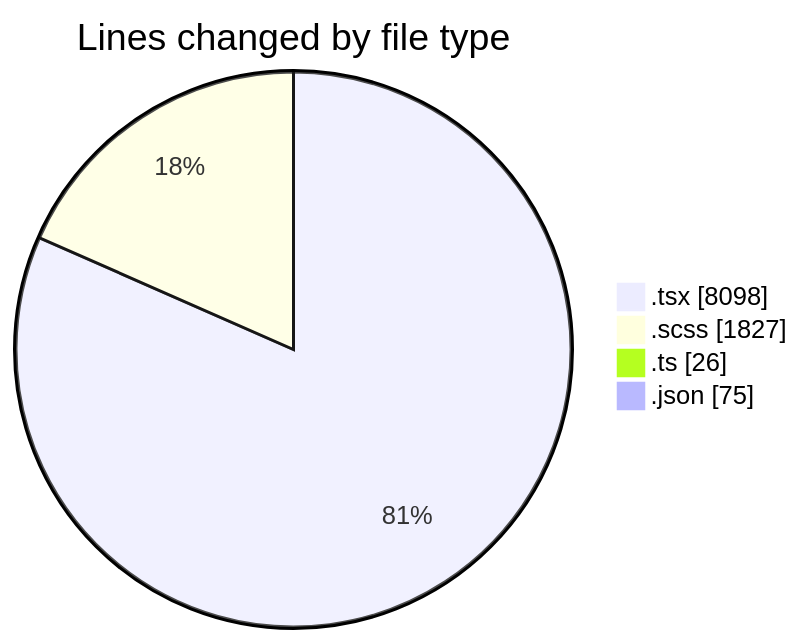
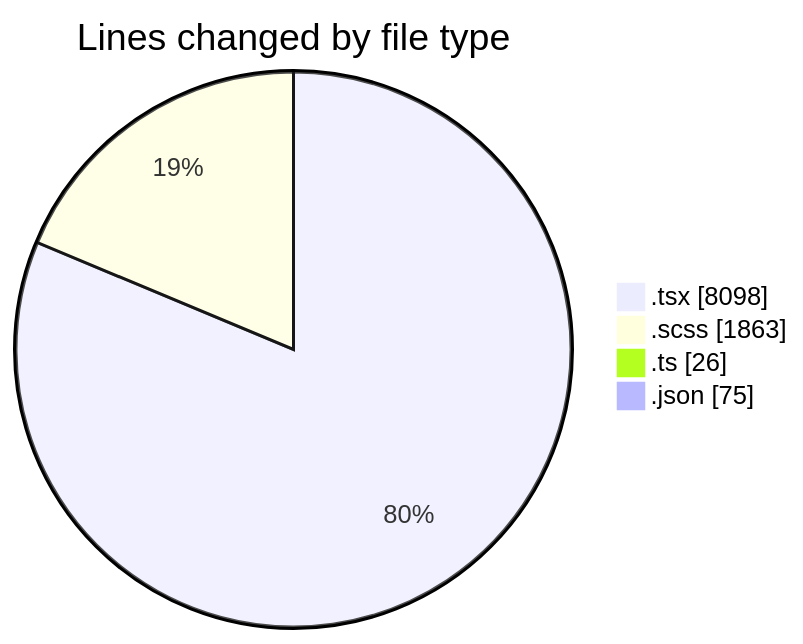
Before and after one commit to momahboobian/code-tracking: the first of 2 diagrams in 2025-04-09/cda/README.md, drawn with Mermaid. The commit also changed other lines of this file and 1 other file, not shown here.

````diff
--- a/2025-04-09/cda/README.md
+++ b/2025-04-09/cda/README.md
@@ -47,8 +48,8 @@
 ```mermaid
 pie showData
 title Lines changed by file type
 ".tsx" : 8098
-".scss" : 1827
+".scss" : 1863
 ".ts" : 26
 ".json" : 75
 ```
````
